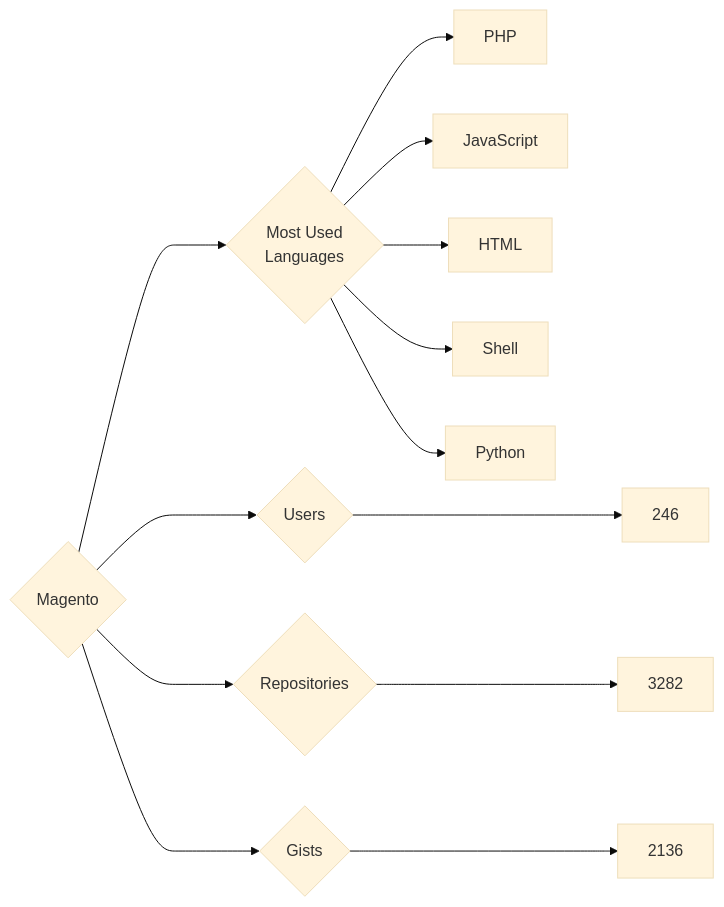
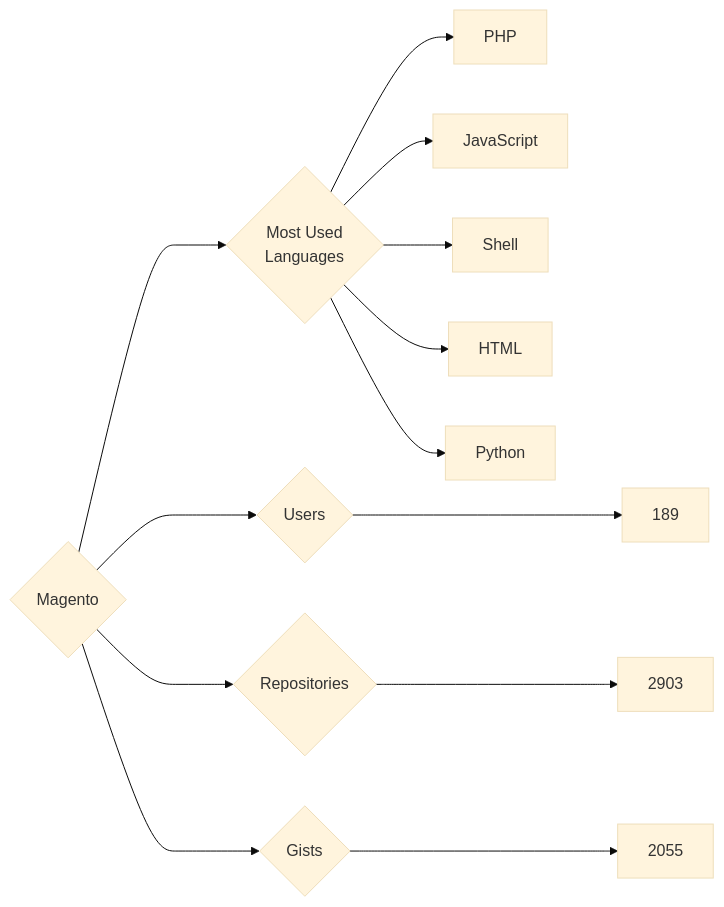
The diagram in targets/Magento/README.md (trickest/insiders), drawn with Mermaid (base theme) before and after one commit. The commit also changed 877 other files, not shown here.

````diff
--- a/targets/Magento/README.md
+++ b/targets/Magento/README.md
@@ -3,13 +3,13 @@
 ```mermaid
 graph LR
 COMPANY_NAME{Magento}
-COMPANY_NAME ---> U{Users} ---> UN[246]
-COMPANY_NAME ---> R{Repositories} ---> RN[3282]
-COMPANY_NAME ---> G{Gists} ---> GN[2136]
+COMPANY_NAME ---> U{Users} ---> UN[189]
+COMPANY_NAME ---> R{Repositories} ---> RN[2903]
+COMPANY_NAME ---> G{Gists} ---> GN[2055]
 COMPANY_NAME ---> ML{Most Used<br>Languages}
 ML --> PHP[PHP]
 ML --> JavaScript[JavaScript]
+ML --> Shell[Shell]
 ML --> HTML[HTML]
-ML --> Shell[Shell]
 ML --> Python[Python]
 ```
````
